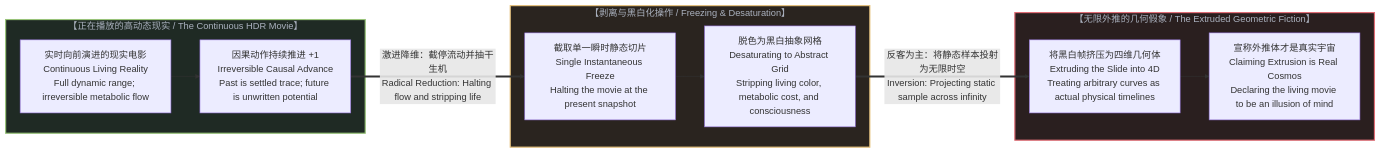
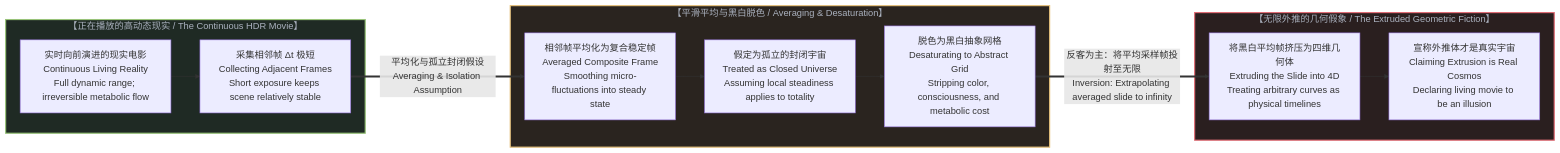
One commit to powerpig99/not-a-toe changed the second of 6 diagrams in content/posts/the-black-and-white-sample-frame-and-the-extrapolated-universe.md. Above: the diagram before and after it, drawn with Mermaid. The commit also changed other lines of this file and 3 other files, not shown here.

Commit message:
Refine movie frame analogy: adjacent frame averaging and local forecast accuracy in post 299

````diff
--- a/content/posts/the-black-and-white-sample-frame-and-the-extrapolated-universe.md
+++ b/content/posts/the-black-and-white-sample-frame-and-the-extrapolated-universe.md
@@ -53,27 +55,29 @@
 ```mermaid
 graph LR
     subgraph LivingMovie["【正在播放的高动态现实 / The Continuous HDR Movie】"]
         HDR["实时向前演进的现实电影<br>Continuous Living Reality<br>Full dynamic range; irreversible metabolic flow"]
-        CausalAdvance["因果动作持续推进 +1<br>Irreversible Causal Advance<br>Past is settled trace; future is unwritten potential"]
-        HDR --> CausalAdvance
+        AdjacentFrames["采集相邻帧 Δt 极短<br>Collecting Adjacent Frames<br>Short exposure keeps scene relatively stable"]
+        HDR --> AdjacentFrames
     end
 
-    subgraph FreezeAndDesaturate["【剥离与黑白化操作 / Freezing & Desaturation】"]
-        SingleFrame["截取单一瞬时静态切片<br>Single Instantaneous Freeze<br>Halting the movie at the present snapshot"]
-        Desaturate["脱色为黑白抽象网格<br>Desaturating to Abstract Grid<br>Stripping living color, metabolic cost, and consciousness"]
-        SingleFrame --> Desaturate
+    subgraph AveragingAndDesaturate["【平滑平均与黑白脱色 / Averaging & Desaturation】"]
+        AverageFrame["相邻帧平均化为复合稳定帧<br>Averaged Composite Frame<br>Smoothing micro-fluctuations into steady state"]
+        ClosedUniverse["假定为孤立的封闭宇宙<br>Treated as Closed Universe<br>Assuming local steadiness applies to totality"]
+        Desaturate["脱色为黑白抽象网格<br>Desaturating to Abstract Grid<br>Stripping color, consciousness, and metabolic cost"]
+        AverageFrame --> ClosedUniverse
+        ClosedUniverse --> Desaturate
     end
 
     subgraph ExtrudedIllusion["【无限外推的几何假象 / The Extruded Geometric Fiction】"]
-        ExtrudeTo4D["将黑白帧挤压为四维几何体<br>Extruding the Slide into 4D<br>Treating arbitrary curves as actual physical timelines"]
-        ClaimTrueUniverse["宣称外推体才是真实宇宙<br>Claiming Extrusion is Real Cosmos<br>Declaring the living movie to be an illusion of mind"]
+        ExtrudeTo4D["将黑白平均帧挤压为四维几何体<br>Extruding the Slide into 4D<br>Treating arbitrary curves as physical timelines"]
+        ClaimTrueUniverse["宣称外推体才是真实宇宙<br>Claiming Extrusion is Real Cosmos<br>Declaring living movie to be an illusion"]
         ExtrudeTo4D --> ClaimTrueUniverse
     end
 
-    CausalAdvance ==>|"激进降维：截停流动并抽干生机<br>Radical Reduction: Halting flow and stripping life"| SingleFrame
-    Desaturate ==>|"反客为主：将静态样本投射为无限时空<br>Inversion: Projecting static sample across infinity"| ExtrudeTo4D
+    AdjacentFrames ==>|"平均化与孤立封闭假设<br>Averaging & Isolation Assumption"| AverageFrame
+    Desaturate ==>|"反客为主：将平均采样帧投射至无限<br>Inversion: Extrapolating averaged slide to infinity"| ExtrudeTo4D
 
     style LivingMovie fill:#1f2a24,stroke:#98c379,stroke-width:2px,color:#abb2bf
-    style FreezeAndDesaturate fill:#2a241f,stroke:#e5c07b,stroke-width:2px,color:#abb2bf
+    style AveragingAndDesaturate fill:#2a241f,stroke:#e5c07b,stroke-width:2px,color:#abb2bf
     style ExtrudedIllusion fill:#2a1f1f,stroke:#e06c75,stroke-width:2px,color:#abb2bf
 ```
````
